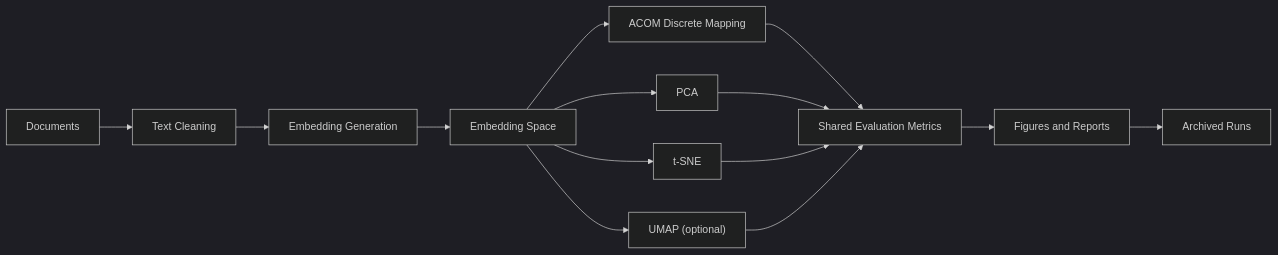
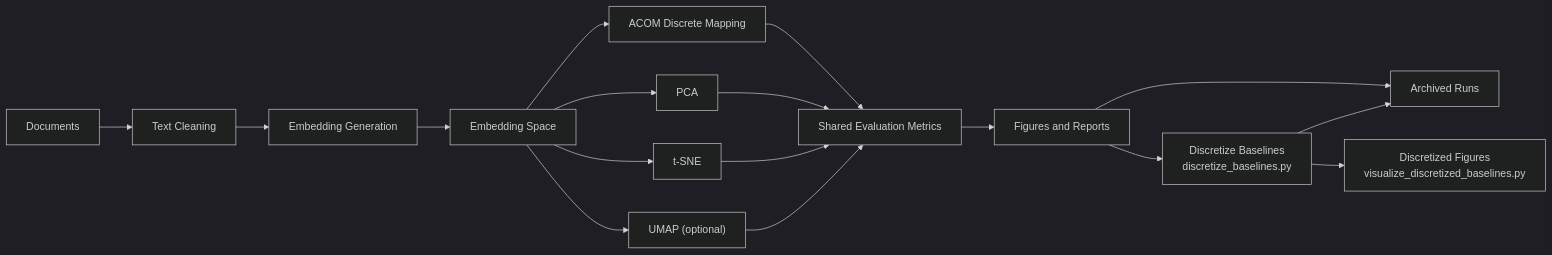
The first of 6 diagrams in docs/PROJECT_RESEARCH_REPORT.md (haseebraza715/llm_document_acom), drawn with Mermaid (dark theme) before and after one commit. The commit also changed other lines of this file and 5 other files, not shown here.

````diff
--- a/docs/PROJECT_RESEARCH_REPORT.md
+++ b/docs/PROJECT_RESEARCH_REPORT.md
@@ -74,16 +75,19 @@
 ```mermaid
 flowchart LR
     A["Documents"] --> B["Text Cleaning"]
     B --> C["Embedding Generation"]
     C --> D["Embedding Space"]
     D --> E["ACOM Discrete Mapping"]
     D --> F["PCA"]
     D --> G["t-SNE"]
     D --> H["UMAP (optional)"]
     E --> I["Shared Evaluation Metrics"]
     F --> I
     G --> I
     H --> I
     I --> J["Figures and Reports"]
     J --> K["Archived Runs"]
+    J --> L["Discretize Baselines<br/>discretize_baselines.py"]
+    L --> M["Discretized Figures<br/>visualize_discretized_baselines.py"]
+    L --> K
 ```
````
